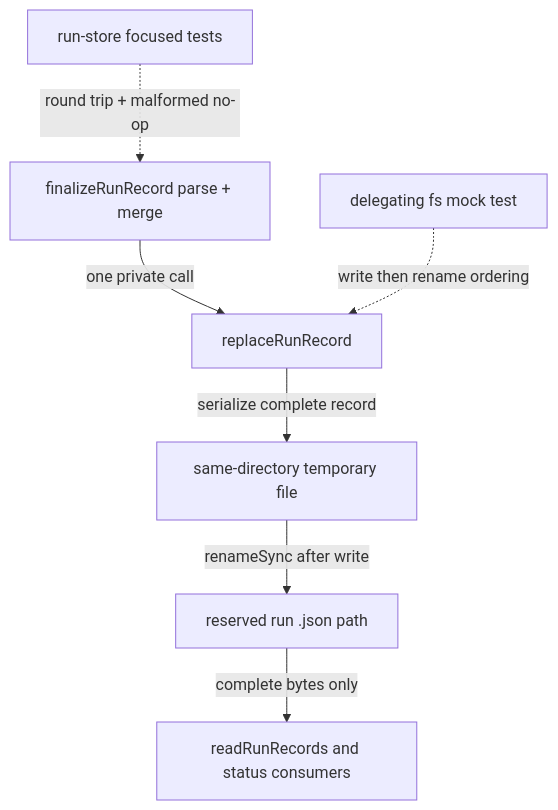
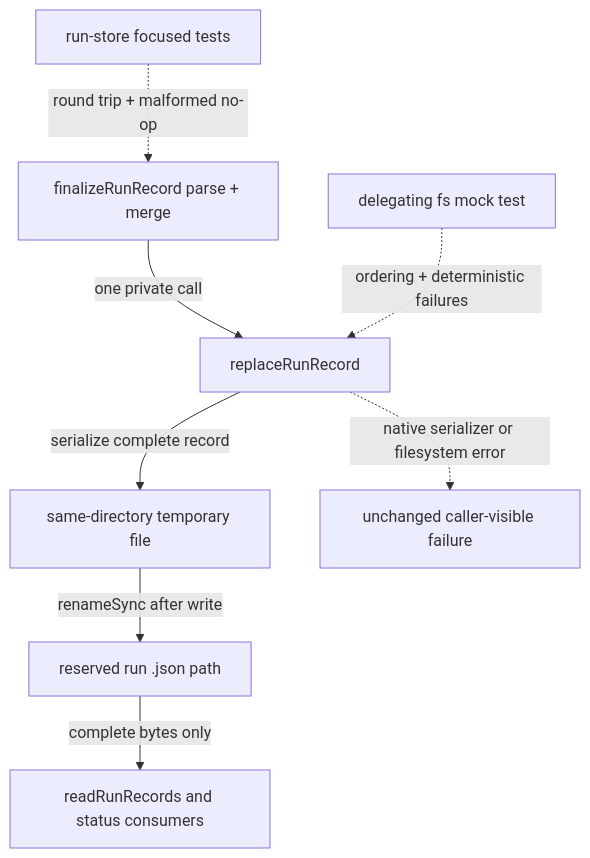
The diagram in benchmarks/planning/smoke/high-revise-judge-ready.plan.md (eventbalancer/agent-quorum), drawn with Mermaid before and after one commit. The commit also changed other lines of this file, not shown here.

First line of the commit message:
test(benchmark): specify atomic failure probe

````diff
--- a/benchmarks/planning/smoke/high-revise-judge-ready.plan.md
+++ b/benchmarks/planning/smoke/high-revise-judge-ready.plan.md
@@ -142,9 +155,10 @@
 ```mermaid
 flowchart TD
   A["finalizeRunRecord parse + merge"] -->|"one private call"| B["replaceRunRecord"]
   B -->|"serialize complete record"| C["same-directory temporary file"]
   C -->|"renameSync after write"| D["reserved run .json path"]
   D -->|"complete bytes only"| E["readRunRecords and status consumers"]
+  B -.->|"native serializer or filesystem error"| H["unchanged caller-visible failure"]
   F["run-store focused tests"] -.->|"round trip + malformed no-op"| A
-  G["delegating fs mock test"] -.->|"write then rename ordering"| B
+  G["delegating fs mock test"] -.->|"ordering + deterministic failures"| B
 ```
````
